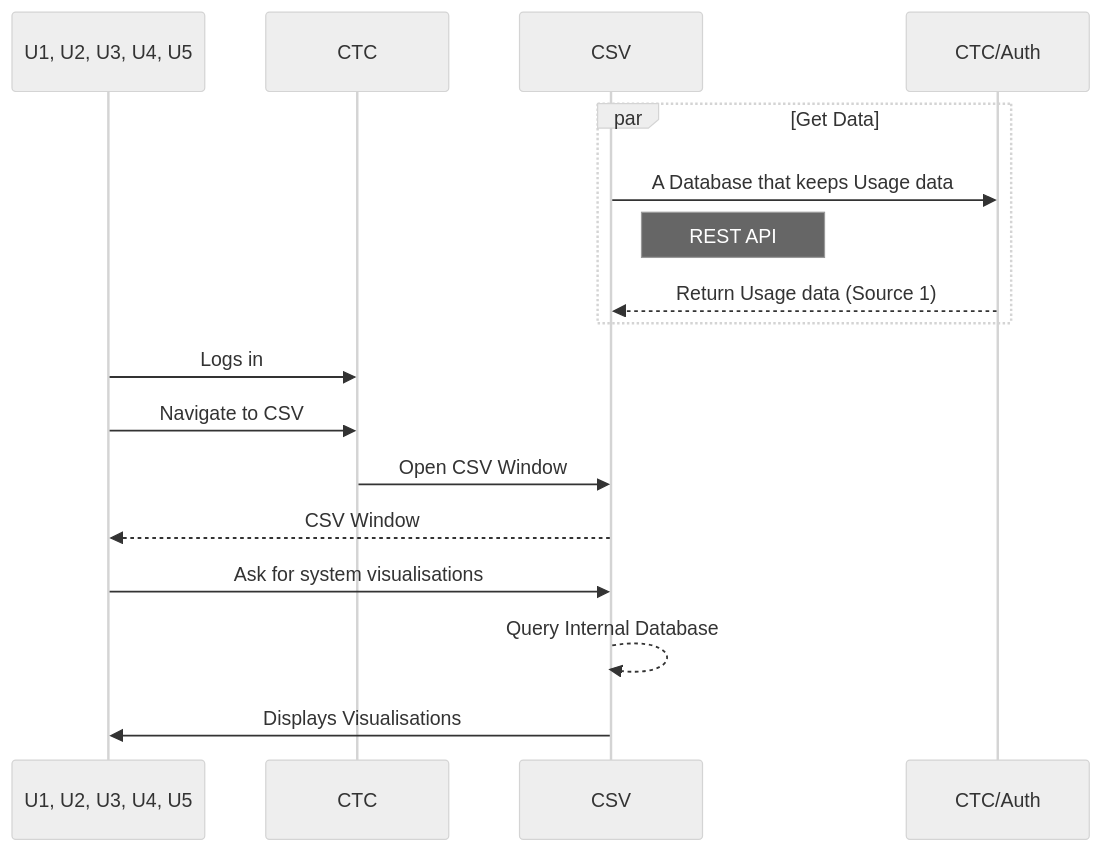
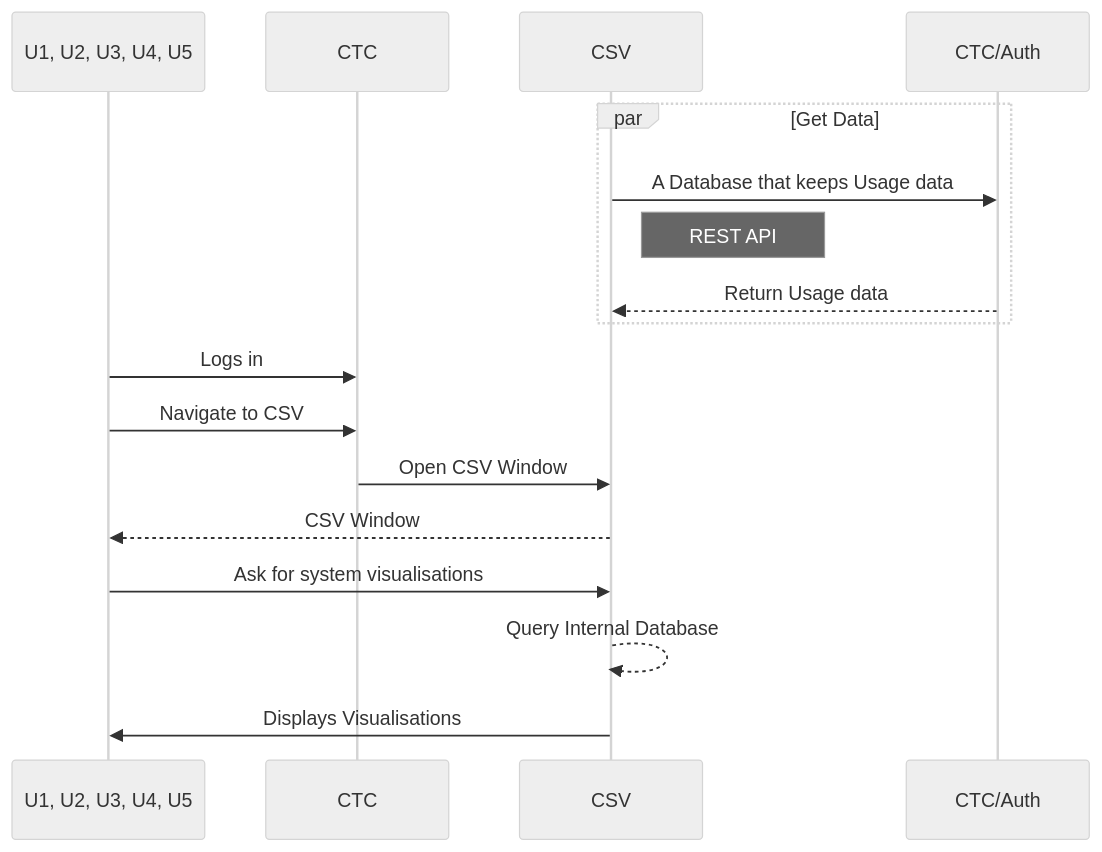
The diagram in UC-A-03.md (mactsouk/UC-mermaid), drawn with Mermaid (neutral theme) before and after one commit.

Commit message:
Minor corrections

````diff
--- a/UC-A-03.md
+++ b/UC-A-03.md
@@ -9,22 +9,22 @@
 ```mermaid
 sequenceDiagram
     participant U as U1, U2, U3, U4, U5
     participant CTC
     participant CSV as CSV
     participant CTC_Auth as CTC/Auth
 
     par Get Data
         CSV->>CTC_Auth: A Database that keeps Usage data
         Note right of CSV: REST API
-        CTC_Auth-->>CSV: Return Usage data (Source 1)
+        CTC_Auth-->>CSV: Return Usage data
     end
 
     U->>CTC: Logs in
     U->>CTC: Navigate to CSV
     CTC->>CSV: Open CSV Window
     CSV-->>U: CSV Window
 
     U ->>CSV: Ask for system visualisations
     CSV-->>CSV: Query Internal Database
     CSV->>U: Displays Visualisations
 ```
````
